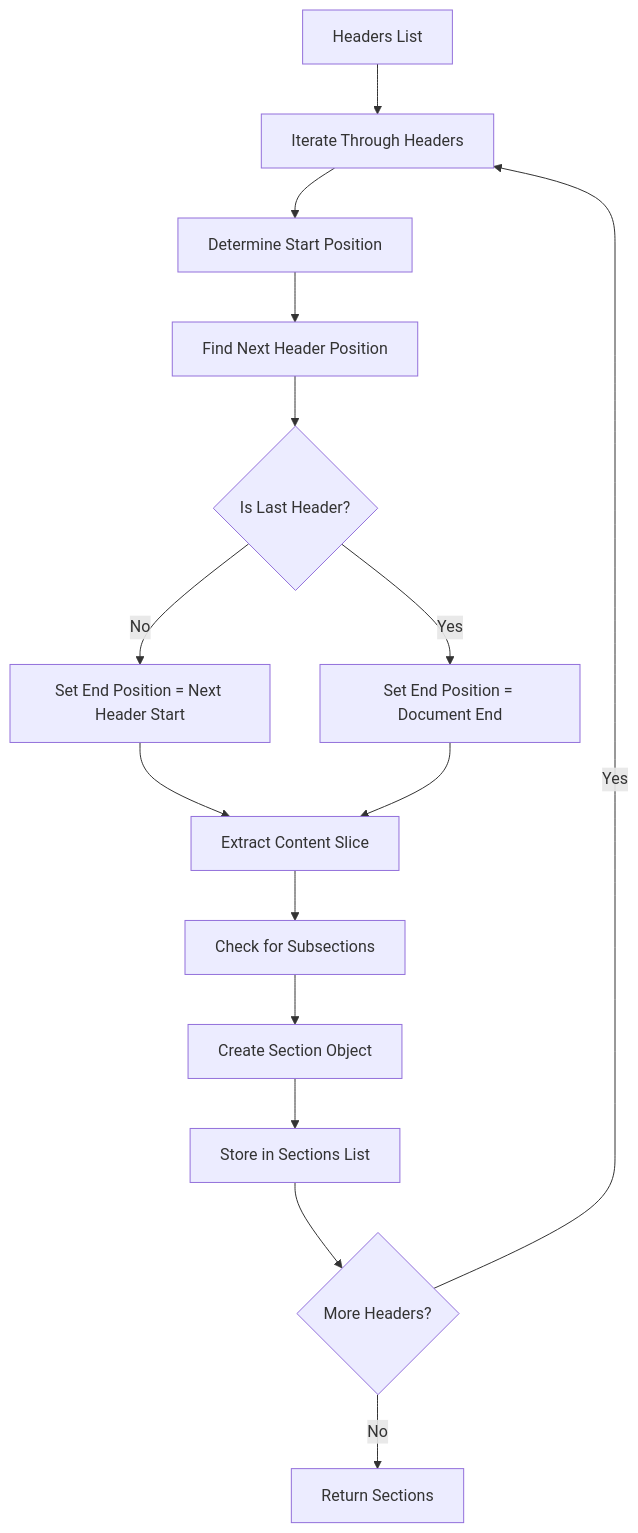
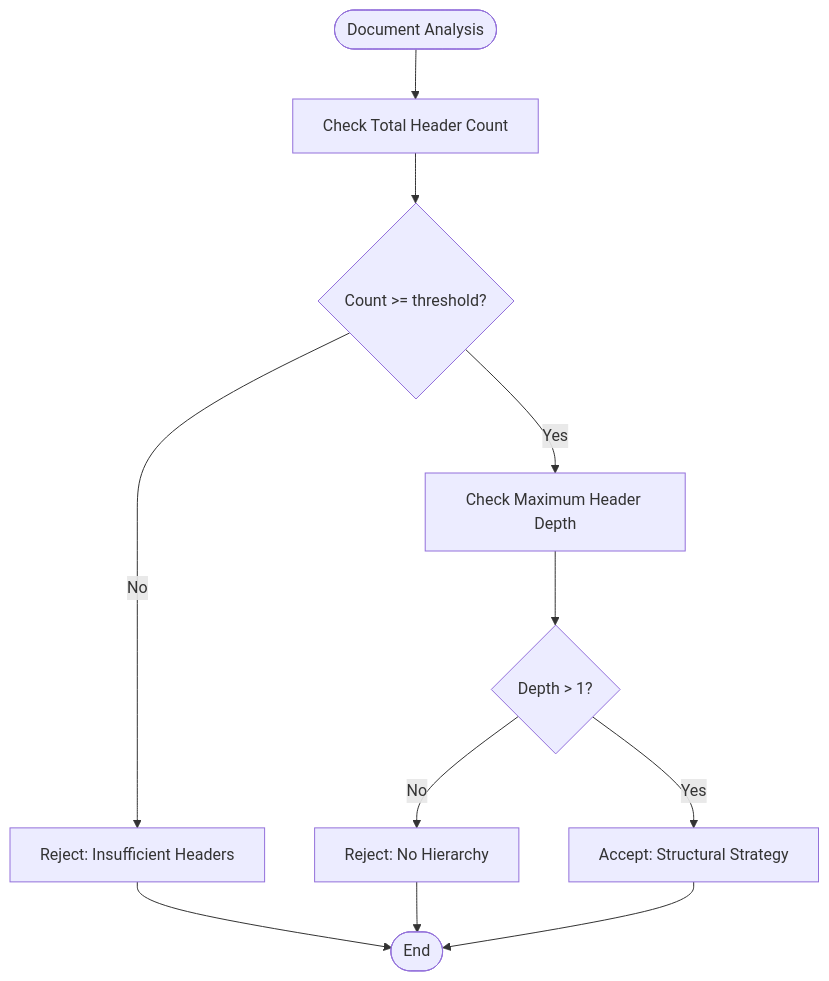
The third of 11 diagrams in .qoder/repowiki/en/content/Chunking Strategies/Structural Strategy.md (asukhodko/dify-markdown-chunker), drawn with Mermaid before and after one commit. The commit also changed other lines of this file and 205 other files, not shown here.

````diff
--- a/.qoder/repowiki/en/content/Chunking Strategies/Structural Strategy.md
+++ b/.qoder/repowiki/en/content/Chunking Strategies/Structural Strategy.md
@@ -370,17 +134,13 @@
 ```mermaid
 flowchart TD
-A["Headers List"] --> B["Iterate Through Headers"]
-B --> C["Determine Start Position"]
-C --> D["Find Next Header Position"]
-D --> E{"Is Last Header?"}
-E --> |No| F["Set End Position = Next Header Start"]
-E --> |Yes| G["Set End Position = Document End"]
-F --> H["Extract Content Slice"]
-G --> H
-H --> I["Check for Subsections"]
-I --> J["Create Section Object"]
-J --> K["Store in Sections List"]
-K --> L{"More Headers?"}
-L --> |Yes| B
-L --> |No| M["Return Sections"]
+Start([Document Analysis]) --> CheckHeaders["Check Total Header Count"]
+CheckHeaders --> HeadersOK{"Count >= threshold?"}
+HeadersOK --> |No| Reject["Reject: Insufficient Headers"]
+HeadersOK --> |Yes| CheckDepth["Check Maximum Header Depth"]
+CheckDepth --> DepthOK{"Depth > 1?"}
+DepthOK --> |No| RejectHierarchy["Reject: No Hierarchy"]
+DepthOK --> |Yes| Accept["Accept: Structural Strategy"]
+Reject --> End([End])
+RejectHierarchy --> End
+Accept --> End
 ```
````
